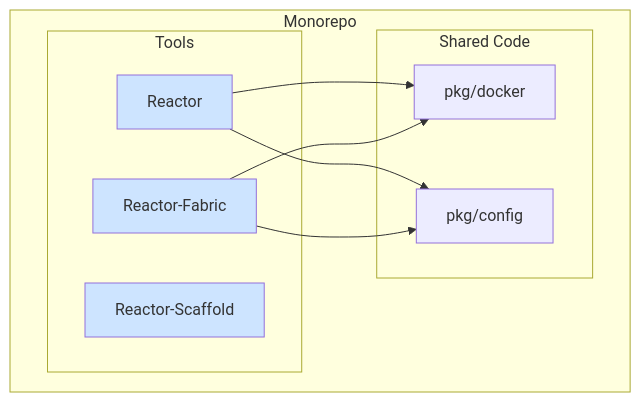
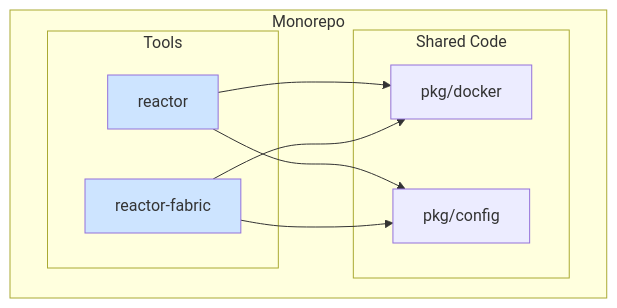
One commit to dyluth/reactor changed the diagram in docs/PROJECT_CHARTER.md. Above: the diagram before and after it, drawn with Mermaid. The commit also changed other lines of this file and 22 other files, not shown here.

````diff
--- a/docs/PROJECT_CHARTER.md
+++ b/docs/PROJECT_CHARTER.md
@@ -65,24 +65,22 @@
 ```mermaid
 graph TD
     subgraph Monorepo
         direction LR
         subgraph Tools
-            A[Reactor]
-            B[Reactor-Fabric]
-            C[Reactor-Scaffold]
+            A[reactor]
+            B[reactor-fabric]
         end
         subgraph Shared Code
             D[pkg/docker]
             E[pkg/config]
         end
     end
 
     A --> D
     A --> E
     B --> D
     B --> E
 
     style A fill:#cde4ff
     style B fill:#cde4ff
-    style C fill:#cde4ff
 ```
````
